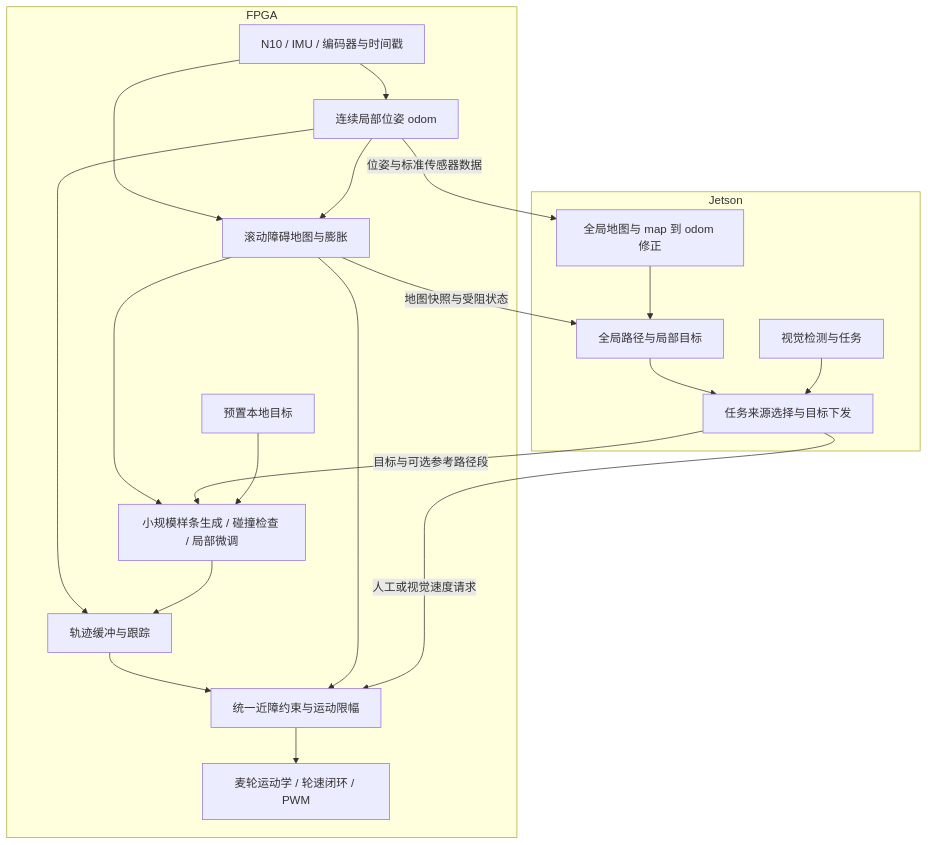
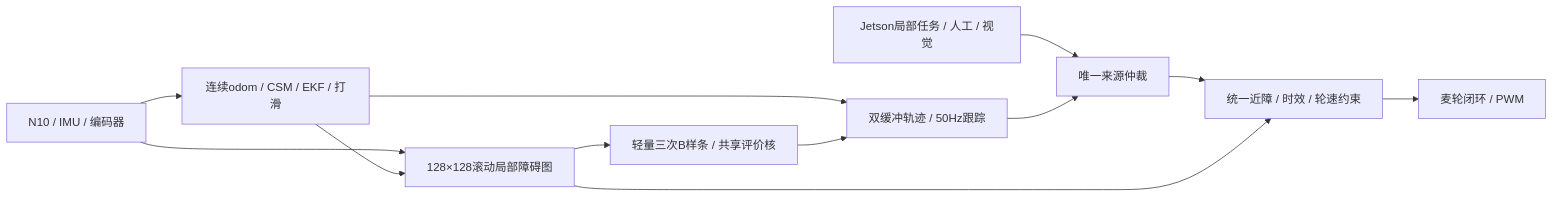
Before and after one commit to FPGAGowin2026/FPGAGowin2026: the diagram in docs/小车软硬件协同规划架构.md, drawn with Mermaid. The commit also changed other lines of this file and 11 other files, not shown here.

````diff
--- a/docs/小车软硬件协同规划架构.md
+++ b/docs/小车软硬件协同规划架构.md
@@ -87,32 +11,14 @@
 ```mermaid
-flowchart TB
-    subgraph J[Jetson]
-        G[全局地图与 map 到 odom 修正]
-        A[全局路径与局部目标]
-        V[视觉检测与任务]
-        H[任务来源选择与目标下发]
-        G --> A --> H
-        V --> H
-    end
-    subgraph F[FPGA]
-        B[预置本地目标]
-        S[N10 / IMU / 编码器与时间戳]
-        O[连续局部位姿 odom]
-        M[滚动障碍地图与膨胀]
-        P[小规模样条生成 / 碰撞检查 / 局部微调]
-        T[轨迹缓冲与跟踪]
-        U[统一近障约束与运动限幅]
-        C[麦轮运动学 / 轮速闭环 / PWM]
-        S --> O
-        S --> M
-        O --> M
-        O --> T
-        M --> P --> T --> U --> C
-        M --> U
-    end
-    H -->|目标与可选参考路径段| P
-    B --> P
-    M -->|地图快照与受阻状态| A
-    O -->|位姿与标准传感器数据| G
-    H -->|人工或视觉速度请求| U
+flowchart LR
+  S[N10 / IMU / 编码器] --> O[连续odom / CSM / EKF / 打滑]
+  S --> M[128×128滚动局部障碍图]
+  O --> M
+  M --> P[轻量三次B样条 / 共享评价核]
+  O --> T[双缓冲轨迹 / 50Hz跟踪]
+  P --> T
+  J[Jetson局部任务 / 人工 / 视觉] --> A[唯一来源仲裁]
+  T --> A
+  A --> G[统一近障 / 时效 / 轮速约束]
+  M --> G
+  G --> W[麦轮闭环 / PWM]
 ```
````
